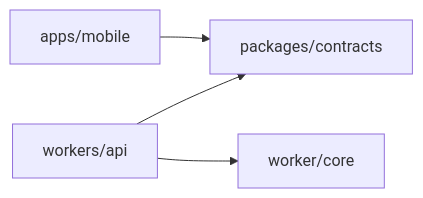
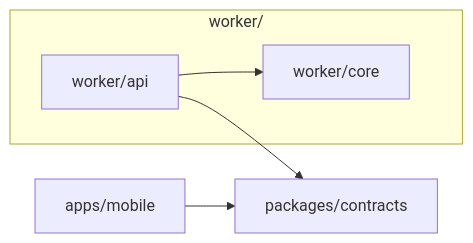
Before and after one commit to takapom/ima-app: the first of 2 diagrams in docs/architecture.md, drawn with Mermaid. The commit also changed other lines of this file and 393 other files, not shown here.

````diff
--- a/docs/architecture.md
+++ b/docs/architecture.md
@@ -7,6 +7,8 @@
 ```mermaid
 flowchart LR
   Mobile[apps/mobile] --> Contracts[packages/contracts]
-  Worker[workers/api] --> Contracts
-  Worker --> Core[worker/core]
+  subgraph Backend[worker/]
+    Worker[worker/api] --> Core[worker/core]
+  end
+  Worker --> Contracts
 ```
````
